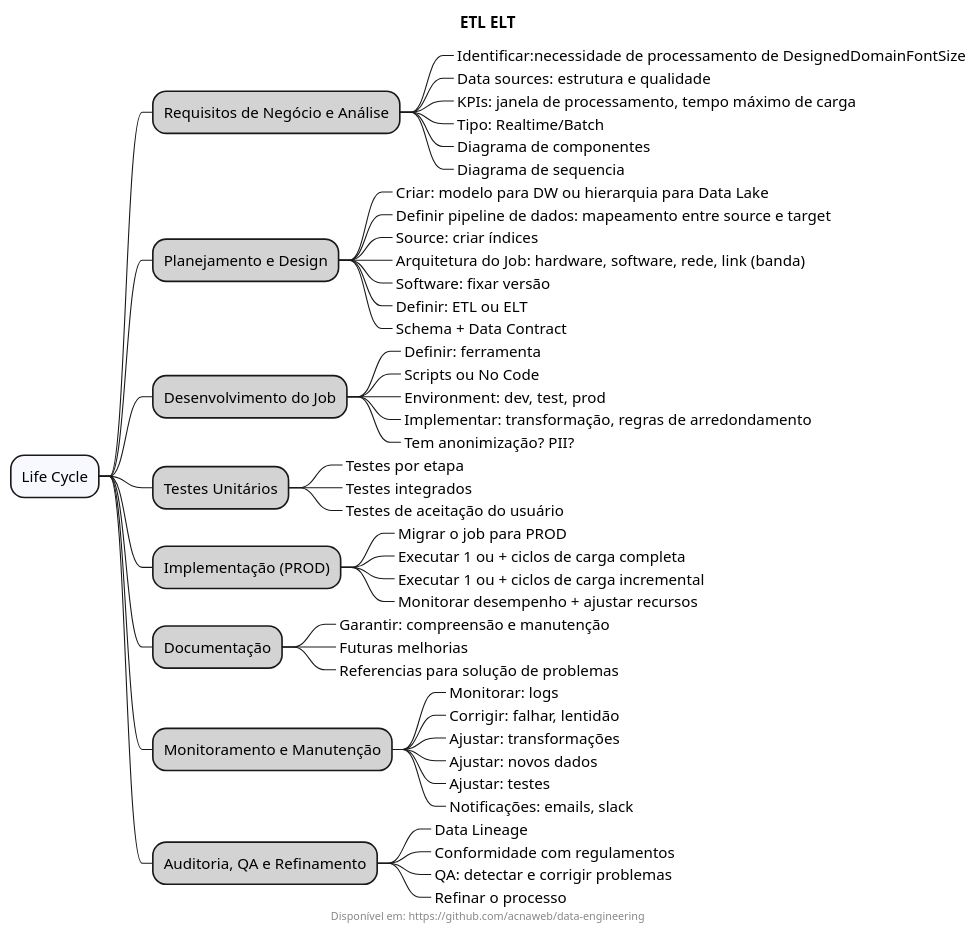
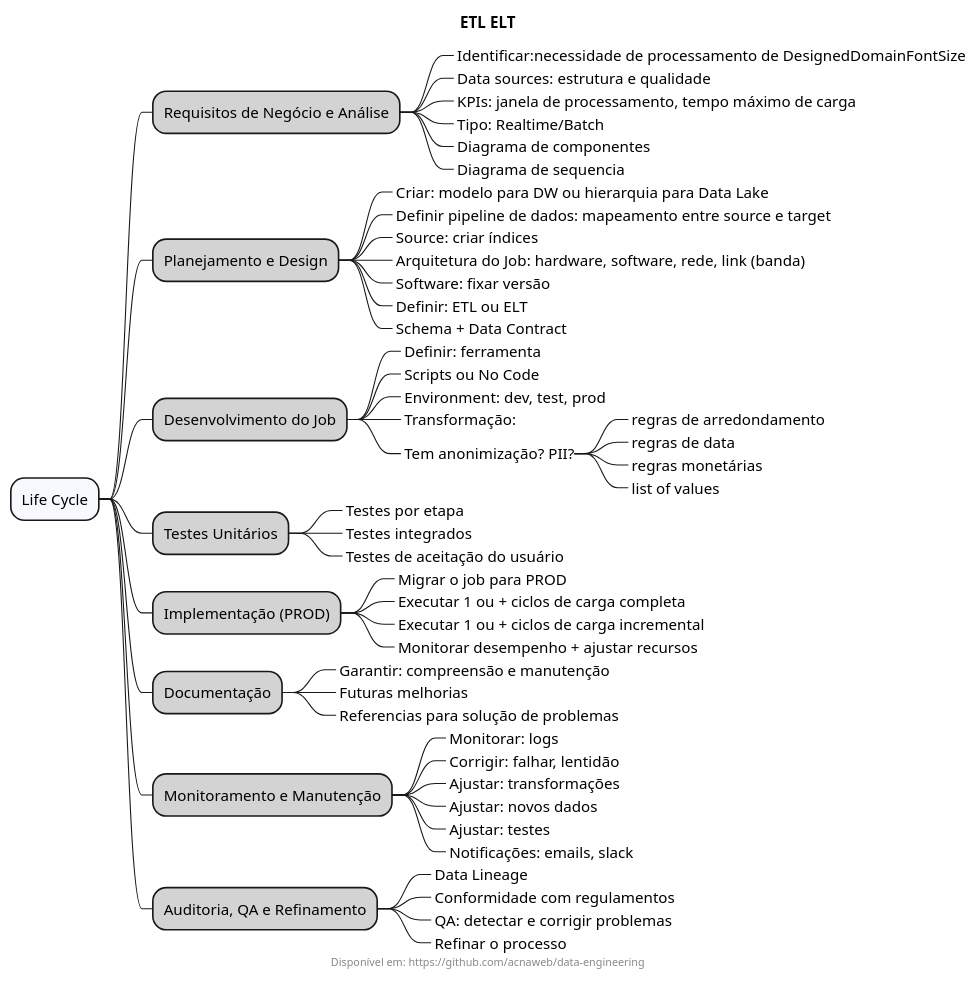
The diagram in diagrams/etl-elt.puml (acnaweb/data-engineering), drawn with PlantUML before and after one commit. The commit also changed 2 other files, not shown here.

```diff
--- a/diagrams/etl-elt.puml
+++ b/diagrams/etl-elt.puml
@@ -1,62 +1,66 @@
 @startmindmap
 
 title "ETL ELT"
 footer Disponível em: https://github.com/acnaweb/data-engineering
 
 *[#F8F8FF]  Life Cycle
 
 **[#LightGray] Requisitos de Negócio e Análise
 ***_ Identificar:necessidade de processamento de DesignedDomainFontSize
 ***_ Data sources: estrutura e qualidade
 ***_ KPIs: janela de processamento, tempo máximo de carga
 ***_ Tipo: Realtime/Batch
 ***_ Diagrama de componentes
 ***_ Diagrama de sequencia
 
 **[#LightGray] Planejamento e Design
 ***_ Criar: modelo para DW ou hierarquia para Data Lake
 ***_ Definir pipeline de dados: mapeamento entre source e target
 ***_ Source: criar índices
 ***_ Arquitetura do Job: hardware, software, rede, link (banda)
 ***_ Software: fixar versão
 ***_ Definir: ETL ou ELT
 ***_ Schema + Data Contract
 
 **[#LightGray] Desenvolvimento do Job
 ***_ Definir: ferramenta
 ***_ Scripts ou No Code
 ***_ Environment: dev, test, prod
-***_ Implementar: transformação, regras de arredondamento
+***_ Transformação:
 ***_ Tem anonimização? PII?
+****_ regras de arredondamento
+****_ regras de data
+****_ regras monetárias
+****_ list of values
 
 **[#LightGray] Testes Unitários
 ***_ Testes por etapa
 ***_ Testes integrados
 ***_ Testes de aceitação do usuário
 
 **[#LightGray] Implementação (PROD)
 ***_ Migrar o job para PROD
 ***_ Executar 1 ou + ciclos de carga completa
 ***_ Executar 1 ou + ciclos de carga incremental
 ***_ Monitorar desempenho + ajustar recursos
 
 **[#LightGray] Documentação
 ***_ Garantir: compreensão e manutenção
 ***_ Futuras melhorias
 ***_ Referencias para solução de problemas
 
 **[#LightGray] Monitoramento e Manutenção
 ***_ Monitorar: logs
 ***_ Corrigir: falhar, lentidão
 ***_ Ajustar: transformações
 ***_ Ajustar: novos dados
 ***_ Ajustar: testes
 ***_ Notificações: emails, slack
 
 **[#LightGray] Auditoria, QA e Refinamento
 ***_ Data Lineage
 ***_ Conformidade com regulamentos 
 ***_ QA: detectar e corrigir problemas
 ***_ Refinar o processo
 
 @endmindmap
```
